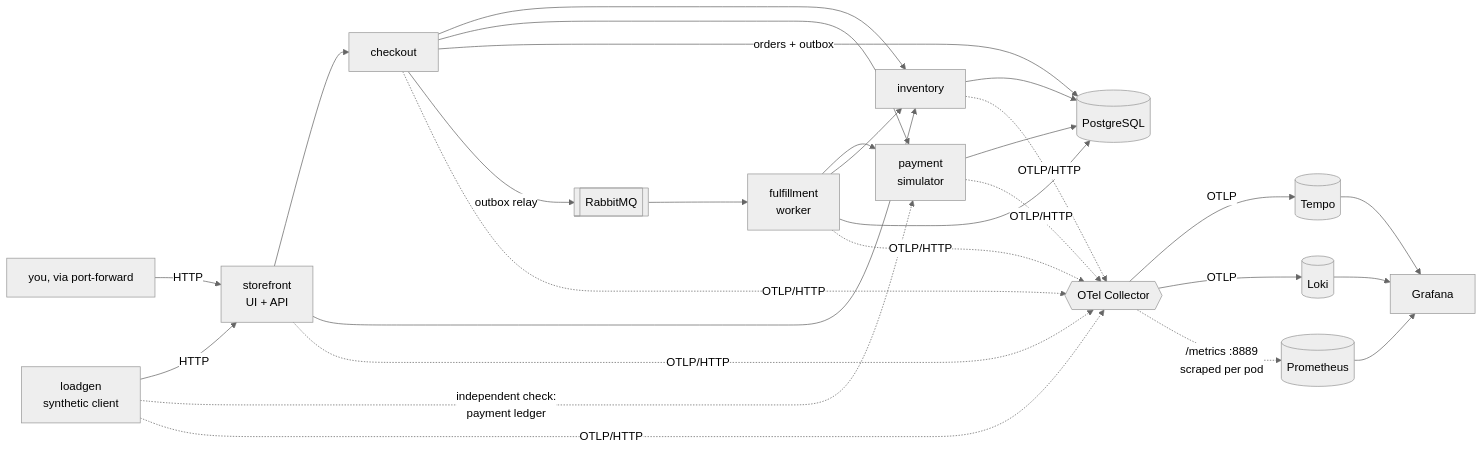
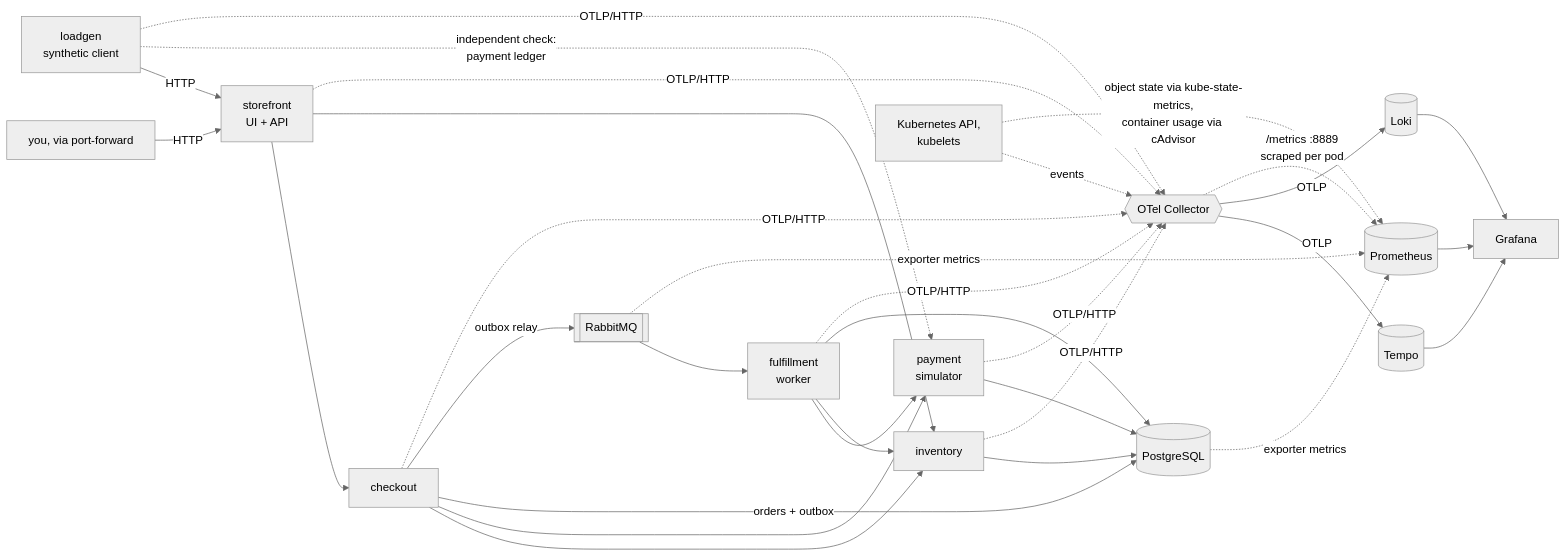
The diagram in AWS/kubeadm/k8/webshop/README.md (bleeng089/Road-to-CKA-CKS), drawn with Mermaid (neutral theme) before and after one commit. The commit also changed other lines of this file and 77 other files, not shown here.

````diff
--- a/AWS/kubeadm/k8/webshop/README.md
+++ b/AWS/kubeadm/k8/webshop/README.md
@@ -18,23 +21,26 @@
 ```mermaid
 flowchart LR
     LG[loadgen<br/>synthetic client] -->|HTTP| SF[storefront<br/>UI + API]
     U[you, via port-forward] -->|HTTP| SF
     SF --> CO[checkout]
     SF --> IN[inventory]
     CO --> IN
     CO --> PA[payment<br/>simulator]
     CO -->|orders + outbox| PG[(PostgreSQL)]
     CO -->|outbox relay| MQ[[RabbitMQ]]
     MQ --> FW[fulfillment<br/>worker]
     FW --> PA
     FW --> IN
     FW --> PG
     IN --> PG
     PA --> PG
     LG -.->|independent check:<br/>payment ledger| PA
     SF & CO & IN & PA & FW & LG -.->|OTLP/HTTP| OC{{OTel Collector}}
     OC -->|OTLP| TE[(Tempo)]
     OC -->|OTLP| LO[(Loki)]
     OC -.->|/metrics :8889<br/>scraped per pod| PR[(Prometheus)]
+    PG & MQ -.->|exporter metrics| PR
+    K8[Kubernetes API,<br/>kubelets] -.->|events| OC
+    K8 -.->|object state via kube-state-metrics,<br/>container usage via cAdvisor| PR
     PR & LO & TE --> GR[Grafana]
 ```
````
